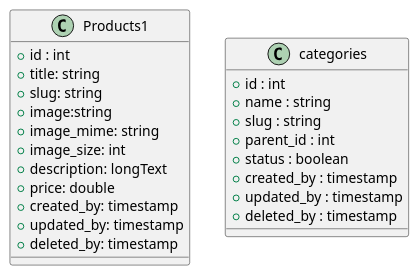
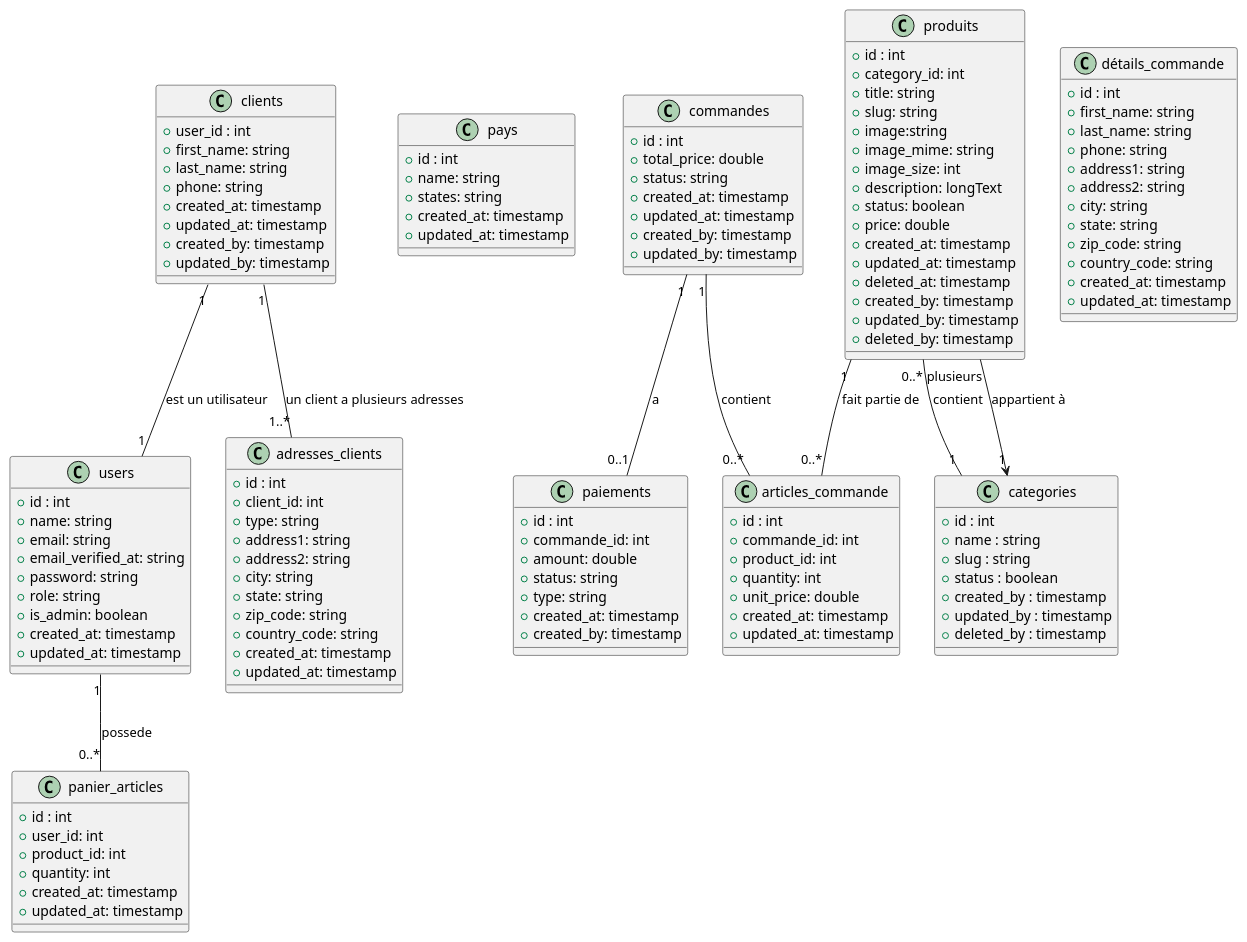
The diagram in DiagramClass.puml (GEVIC21/Soutenance_documents), drawn with PlantUML before and after one commit. The commit also changed 1 other file, not shown here.

Commit message:
diagramme de classe

```diff
--- a/DiagramClass.puml
+++ b/DiagramClass.puml
@@ -1,60 +1,162 @@
 @startuml
 
-'Table Produit
-'class Products2 {
-'  +id : int
-'  +name : string
-'  +title : string
-'  +thumb_image : text
-'  +vendor_id : int
-'  +category_id : string
-'  +sub_category_id : int
-'  +child_category_id : int
-'  +brand_id : int
-'  +quantity : int
-'  +short_description : text
-'  +long_description : text
-'  +video_link : text
-'  +sku : string
-'  +price : double
-'  +offer_price : double
-'  +offer_start_date : date
-'  +offer_end_date : date
-'  +is_top : boolean
-'  +is_best : boolean
-'  +is_featured : boolean
-'  +status : boolean
-'  +seo_title : string
-'  +seo_description : text
-'  +is_approved : int
-'
-'}
+class clients
+{
+    +user_id : int
+    +first_name: string
+    +last_name: string
+    +phone: string
+    +created_at: timestamp
+    +updated_at: timestamp
+    +created_by: timestamp
+    +updated_by: timestamp
+}
+'Relation entre clients et Users: Une Client est un utilisateur
+clients "1" -- "1" users : est un utilisateur
 
-class Products1
+class adresses_clients{
+    +id : int
+    +client_id: int
+    +type: string
+    +address1: string
+    +address2: string
+    +city: string
+    +state: string
+    +zip_code: string
+    +country_code: string
+    +created_at: timestamp
+    +updated_at: timestamp
+}
+'Relation entre clients et Users: Une Client est un utilisateur
+clients "1" -- "1..*" adresses_clients : un client a plusieurs adresses
+
+class pays
 {
     +id : int
+    +name: string
+    +states: string
+    +created_at: timestamp
+    +updated_at: timestamp
+}
+
+class commandes
+{
+    +id : int
+    +total_price: double
+    +status: string
+    +created_at: timestamp
+    +updated_at: timestamp
+    +created_by: timestamp
+    +updated_by: timestamp
+}
+class articles_commande
+{
+    +id : int
+    +commande_id: int
+    +product_id: int
+    +quantity: int
+    +unit_price: double
+    +created_at: timestamp
+    +updated_at: timestamp
+}
+class détails_commande{
+    +id : int
+    +first_name: string
+    +last_name: string
+    +phone: string
+    +address1: string
+    +address2: string
+    +city: string
+    +state: string
+    +zip_code: string
+    +country_code: string
+    +created_at: timestamp
+    +updated_at: timestamp
+}
+'Relation entre Order et OrderItem: Une commande contient plusieurs articles
+commandes "1" -- "0..*" articles_commande : contient
+'Relation entre Product et OrderItem: Un produit peut être présent dans plusieurs articles de commande
+produits "1" -- "0..*" articles_commande : fait partie de
+
+class paiements
+{
+    +id : int
+    +commande_id: int
+    +amount: double
+    +status: string
+    +type: string
+    +created_at: timestamp
+    +created_by: timestamp
+}
+'Relation entre Order et Payment: Une commande a un ou plusieurs paiements
+commandes "1" -- "0..1" paiements : a
+
+
+
+
+
+'Définition de la classe Categorie
+class categories   {
+    +id : int
+    +name : string
+    +slug : string
+    +status : boolean
+    +created_by : timestamp
+    +updated_by : timestamp
+    +deleted_by : timestamp
+
+}
+'Définition de la classe produits
+class produits
+{
+    +id : int
+    +category_id: int
     +title: string
     +slug: string
     +image:string
     +image_mime: string
     +image_size: int
     +description: longText
+    +status: boolean
     +price: double
+    +created_at: timestamp
+    +updated_at: timestamp
+    +deleted_at: timestamp
     +created_by: timestamp
     +updated_by: timestamp
     +deleted_by: timestamp
 }
+'Relation entre Category et Product: Une catégorie comporte plusieurs produits
+categories "1" -- "0..*" produits : contient
+produits "plusieurs" --> "1" categories : appartient à
 
-class categories   {
+class users
+{
     +id : int
-    +name : string
-    +slug : string
-    +parent_id : int
-    +status : boolean
-    +created_by : timestamp
-    +updated_by : timestamp
-    +deleted_by : timestamp
+    +name: string
+    +email: string
+    +email_verified_at: string
+    +password: string
+    +role: string
+    +is_admin: boolean
+    +created_at: timestamp
+    +updated_at: timestamp
+
 }
+'Définition de la classe panier
+class panier_articles
+{
+    +id : int
+    +user_id: int
+    +product_id: int
+    +quantity: int
+    +created_at: timestamp
+    +updated_at: timestamp
+
+}
+'Relation entre User et ItemCart: Un utilisateur a plusieurs articles dans son panier
+users "1" -- "0..*" panier_articles : possede
+
 
 
 @enduml
```
